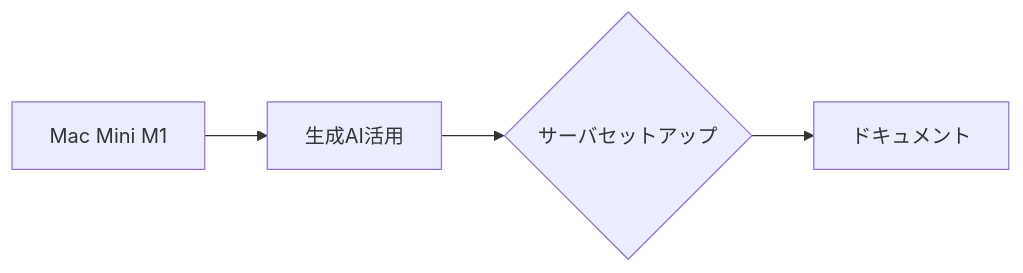
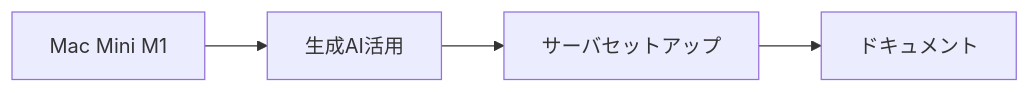
Before and after one commit to SparklingDetergent/doc_genai_Using_Generative_AI_with_Mac_Mini_M1_-Server_Setup-: the first of 8 diagrams in README.md, drawn with Mermaid. The commit also changed other lines of this file, not shown here.

````diff
--- a/README.md
+++ b/README.md
@@ -57,6 +57,6 @@
 ```mermaid
 graph LR
     A[Mac Mini M1] --> B[生成AI活用]
-    B --> C{サーバセットアップ}
+    B --> C[サーバセットアップ]
     C --> D[ドキュメント]
 ```
````
